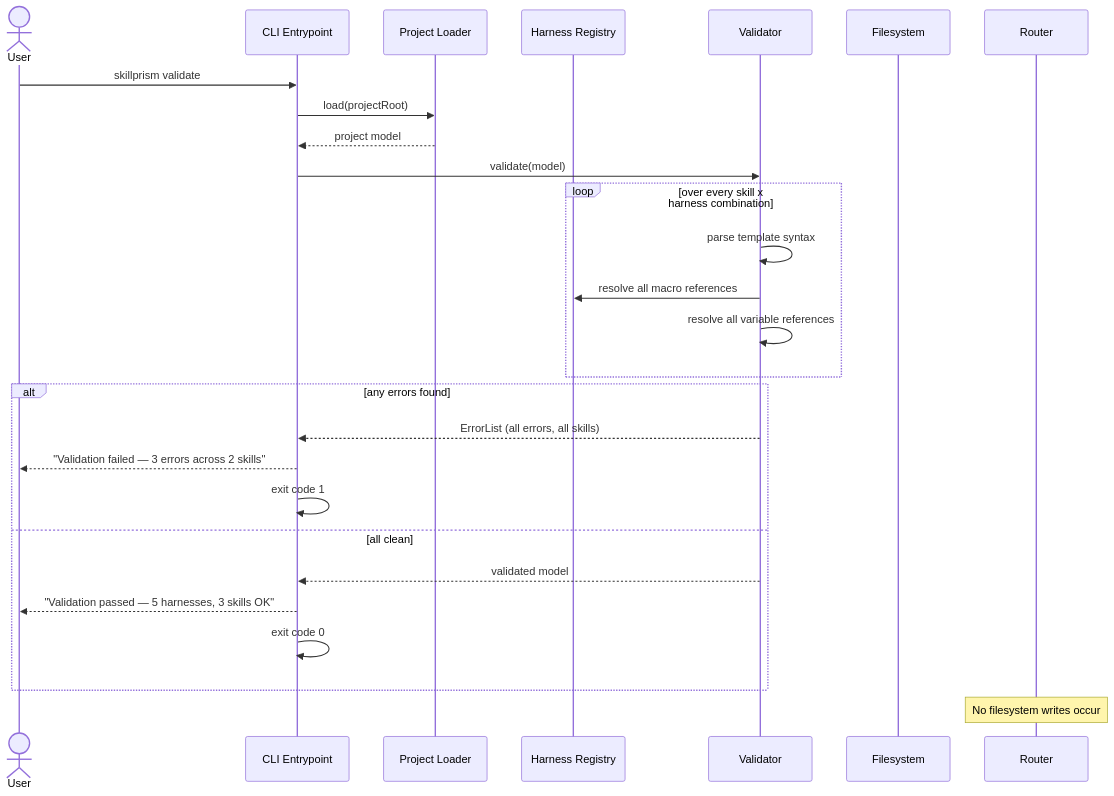
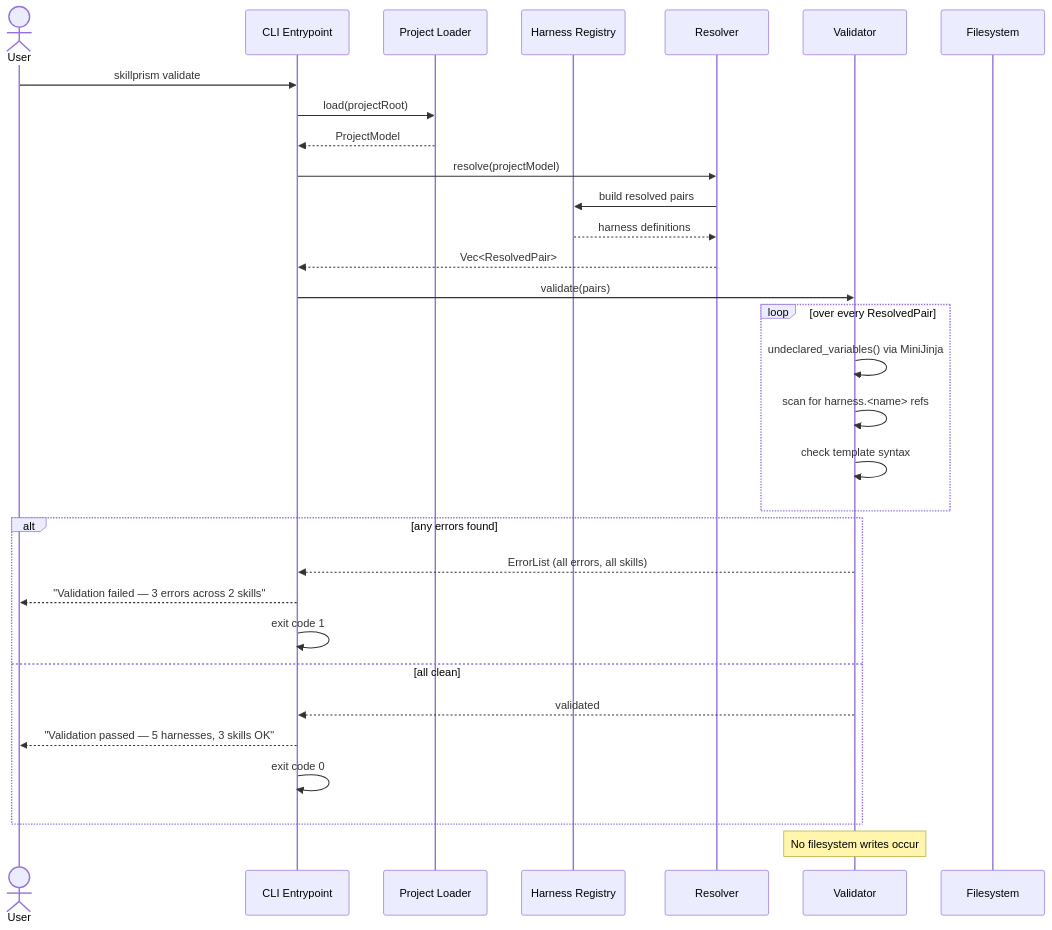
Before and after one commit to Tuvren/skillprism: the diagram in .constitution/architecture/flows/flow-validate.md, drawn with Mermaid. The commit also changed other lines of this file and 40 other files, not shown here.

First line of the commit message:
Epic B: Pipeline — Resolver, Validator, Template Engine, Output Router (#2)

````diff
--- a/.constitution/architecture/flows/flow-validate.md
+++ b/.constitution/architecture/flows/flow-validate.md
@@ -9,33 +9,39 @@
 ```mermaid
 sequenceDiagram
   actor User
   participant CLI as CLI Entrypoint
   participant Loader as Project Loader
   participant Registry as Harness Registry
+  participant Resolver as Resolver
   participant Valid8 as Validator
   participant FS as Filesystem
 
   User->>CLI: skillprism validate
   CLI->>Loader: load(projectRoot)
-  Loader-->>CLI: project model
+  Loader-->>CLI: ProjectModel
 
-  CLI->>Valid8: validate(model)
+  CLI->>Resolver: resolve(projectModel)
+  Resolver->>Registry: build resolved pairs
+  Registry-->>Resolver: harness definitions
+  Resolver-->>CLI: Vec<ResolvedPair>
 
-  loop over every skill x harness combination
-    Valid8->>Valid8: parse template syntax
-    Valid8->>Registry: resolve all macro references
-    Valid8->>Valid8: resolve all variable references
+  CLI->>Valid8: validate(pairs)
+
+  loop over every ResolvedPair
+    Valid8->>Valid8: undeclared_variables() via MiniJinja
+    Valid8->>Valid8: scan for harness.<name> refs
+    Valid8->>Valid8: check template syntax
   end
 
   alt any errors found
     Valid8-->>CLI: ErrorList (all errors, all skills)
     CLI-->>User: "Validation failed — 3 errors across 2 skills"
     CLI->>CLI: exit code 1
   else all clean
-    Valid8-->>CLI: validated model
+    Valid8-->>CLI: validated
     CLI-->>User: "Validation passed — 5 harnesses, 3 skills OK"
     CLI->>CLI: exit code 0
   end
 
-  Note over Router: No filesystem writes occur
+  Note over Valid8: No filesystem writes occur
 ```
````
